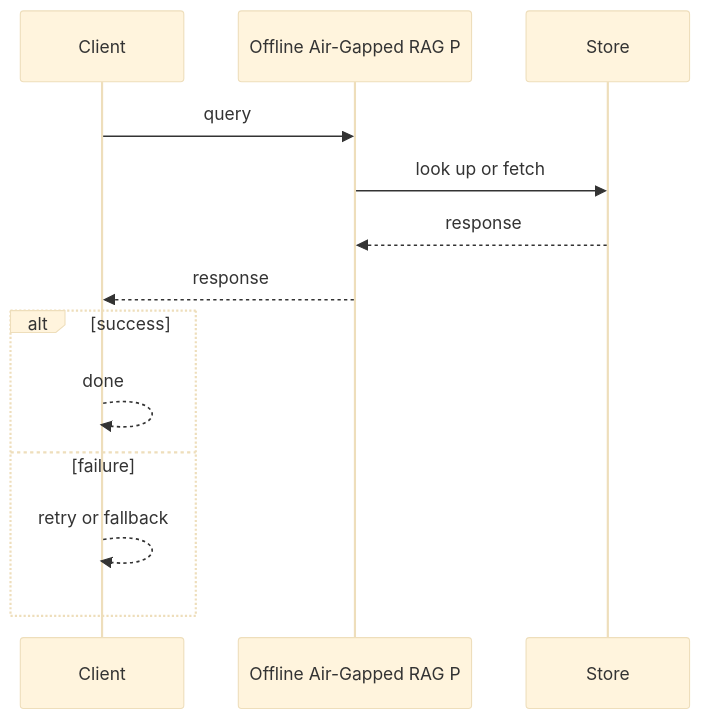
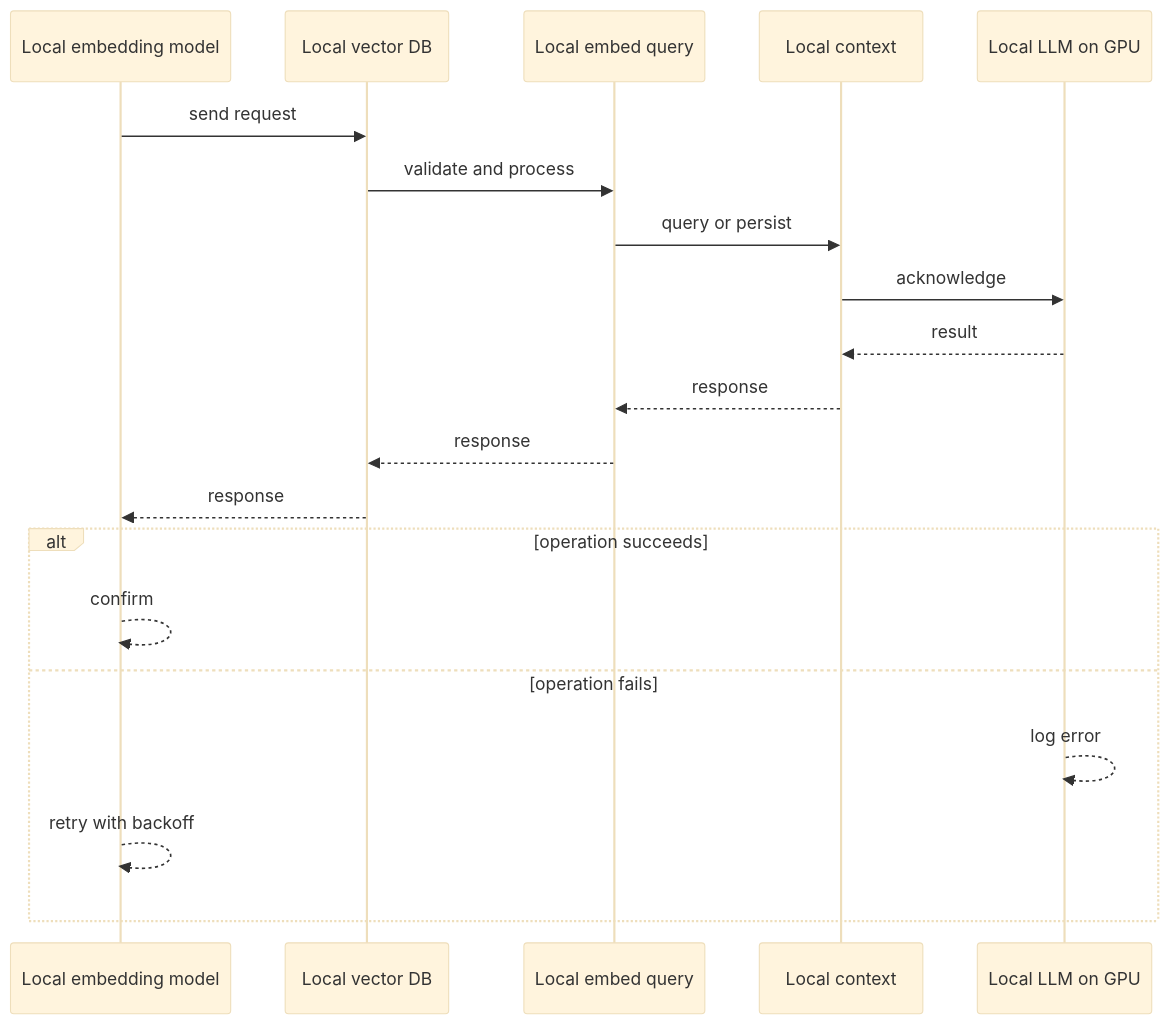
Before and after one commit to RIT-MESH/system-design-mastery: the second of 4 diagrams in case-studies/ai-systems/offline-airgapped-rag-platform.md, drawn with Mermaid (base theme). The commit also changed other lines of this file and 64 other files, not shown here.

````diff
--- a/case-studies/ai-systems/offline-airgapped-rag-platform.md
+++ b/case-studies/ai-systems/offline-airgapped-rag-platform.md
@@ -83,16 +69,23 @@
 ```mermaid
 %% created-for: system-design-mastery
 sequenceDiagram
-  participant P0 as Client
-  participant P1 as Offline Air-Gapped RAG P
-  participant P2 as Store
-  P0 ->> P1: query
-  P1 ->> P2: look up or fetch
-  P2 -->> P1: response
-  P1 -->> P0: response
-  alt success
-    P0 -->> P0: done
-  else failure
-    P0 -->> P0: retry or fallback
+  participant C0 as Local embedding model
+  participant C1 as Local vector DB
+  participant C2 as Local embed query
+  participant C3 as Local context
+  participant C4 as Local LLM on GPU
+  C0 ->> C1: send request
+  C1 ->> C2: validate and process
+  C2 ->> C3: query or persist
+  C3 ->> C4: acknowledge
+  C4 -->> C3: result
+  C3 -->> C2: response
+  C2 -->> C1: response
+  C1 -->> C0: response
+  alt operation succeeds
+    C0 -->> C0: confirm
+  else operation fails
+    C4 -->> C4: log error
+    C0 -->> C0: retry with backoff
   end
 ```
````
